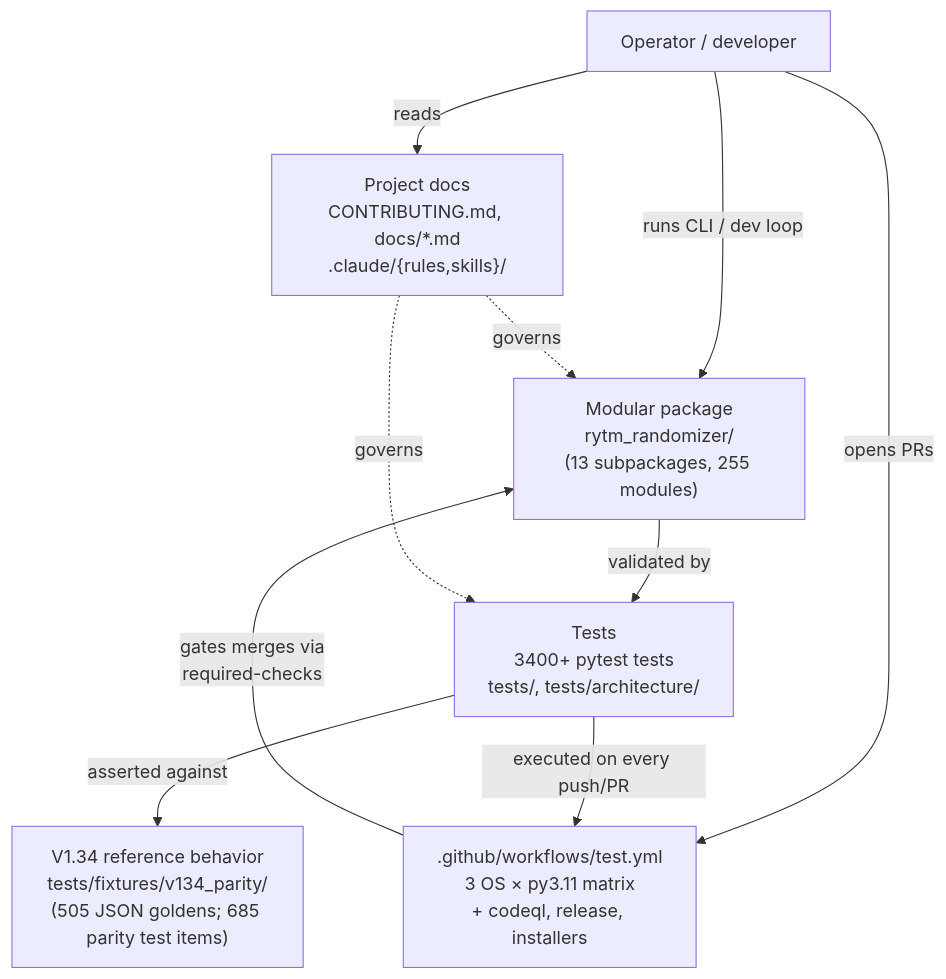
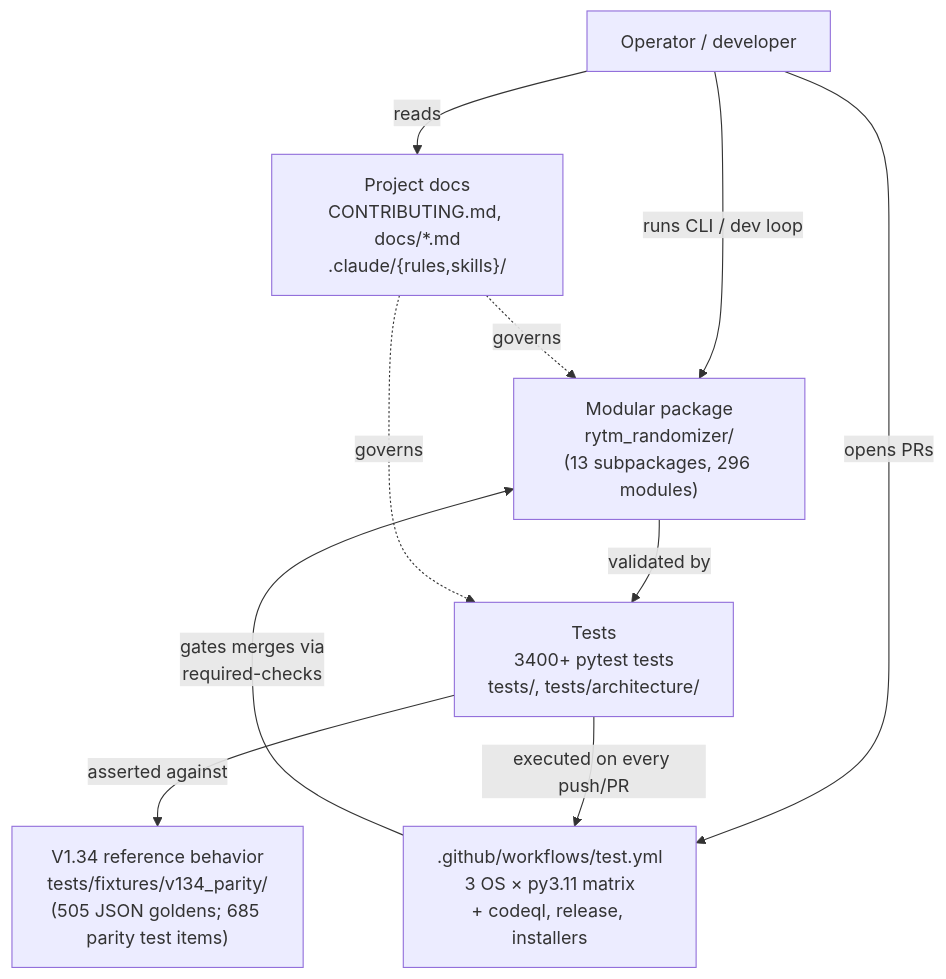
The first of 34 diagrams in docs/ARCHITECTURE_DIAGRAMS.md (buzzijose-hub/RytmRandomizer), drawn with Mermaid before and after one commit. The commit also changed other lines of this file and 14 other files, not shown here.

````diff
--- a/docs/ARCHITECTURE_DIAGRAMS.md
+++ b/docs/ARCHITECTURE_DIAGRAMS.md
@@ -47,22 +47,22 @@
 ```mermaid
 flowchart TB
     User["Operator / developer"]
     V134["V1.34 reference behavior<br/>tests/fixtures/v134_parity/<br/>(505 JSON goldens; 685 parity test items)"]
-    Package["Modular package<br/>rytm_randomizer/<br/>(13 subpackages, 255 modules)"]
+    Package["Modular package<br/>rytm_randomizer/<br/>(13 subpackages, 296 modules)"]
     Tests["Tests<br/>3400+ pytest tests<br/>tests/, tests/architecture/"]
     CI[".github/workflows/test.yml<br/>3 OS × py3.11 matrix<br/>+ codeql, release, installers"]
     Docs["Project docs<br/>CONTRIBUTING.md, docs/*.md<br/>.claude/{rules,skills}/"]
 
     User -->|"runs CLI / dev loop"| Package
     User -->|"opens PRs"| CI
     User -->|"reads"| Docs
 
     Package -->|"validated by"| Tests
     Tests -->|"asserted against"| V134
     Tests -->|"executed on every push/PR"| CI
 
     CI -->|"gates merges via<br/>required-checks"| Package
 
     Docs -.->|"governs"| Package
     Docs -.->|"governs"| Tests
 ```
````
